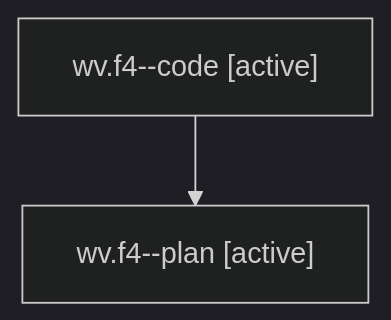
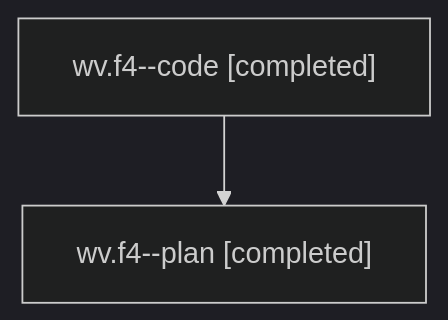
The diagram in families/bbugyi200.athena.wv.f4.md (sase-org/sase--agents), drawn with Mermaid (dark theme) before and after one commit. The commit also changed other lines of this file and 36 other files, not shown here.

````diff
--- a/families/bbugyi200.athena.wv.f4.md
+++ b/families/bbugyi200.athena.wv.f4.md
@@ -9,6 +9,6 @@
 ```mermaid
 flowchart TD
-  n0["wv.f4--code [active]"]
-  n1["wv.f4--plan [active]"]
+  n0["wv.f4--code [completed]"]
+  n1["wv.f4--plan [completed]"]
   n0 --> n1
 ```
````
